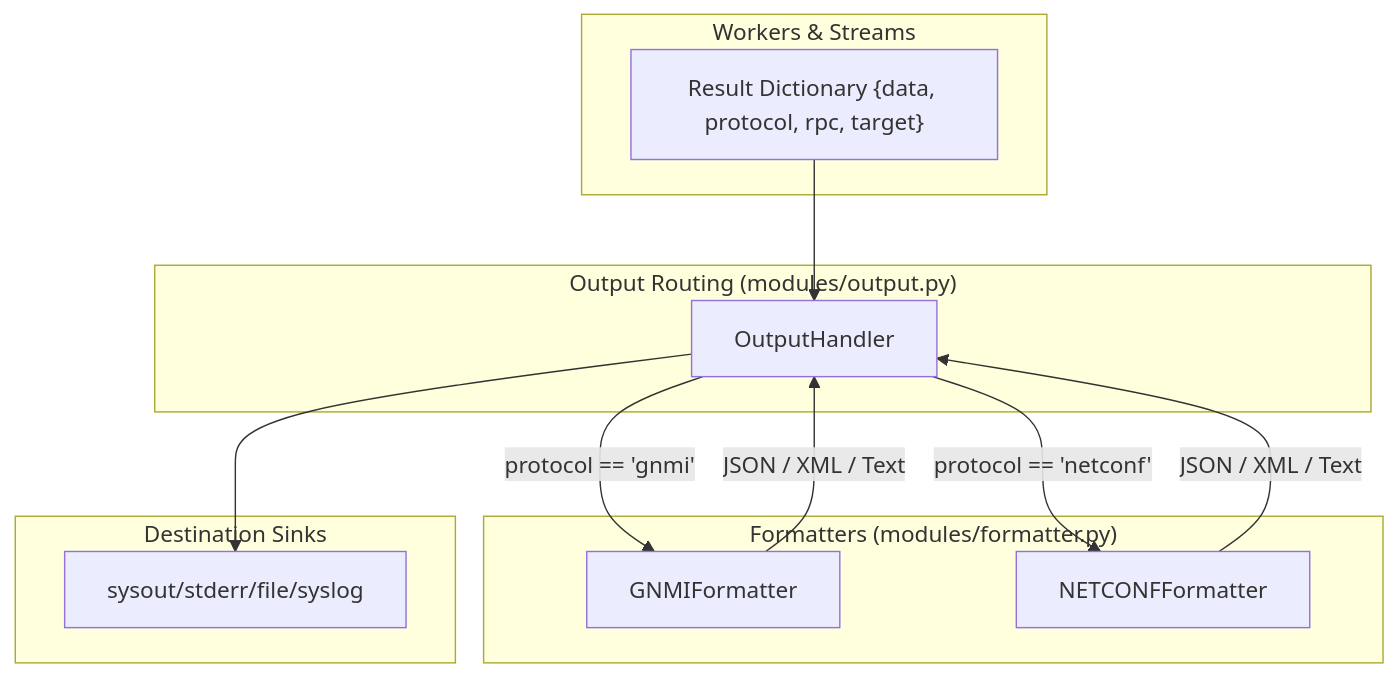
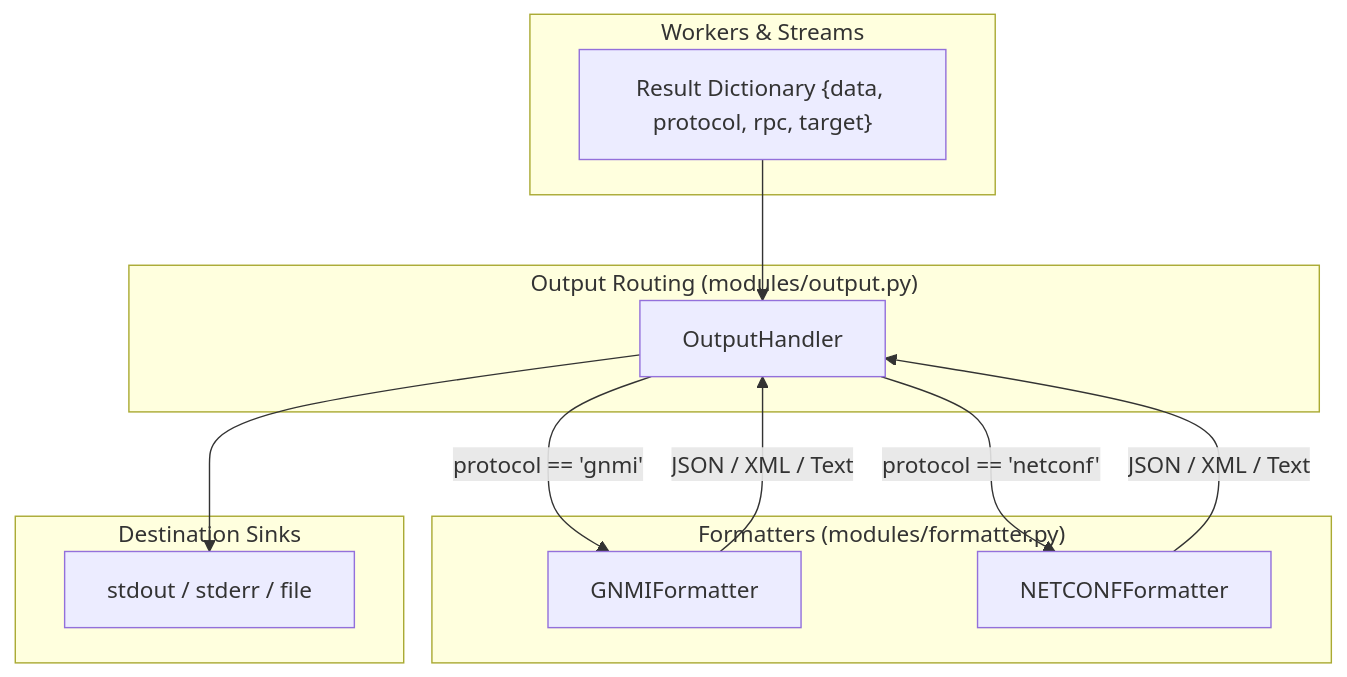
The diagram in modules/README.md (yeeyee164/netmgmt-client-py), drawn with Mermaid before and after one commit. The commit also changed other lines of this file and 53 other files, not shown here.

````diff
--- a/modules/README.md
+++ b/modules/README.md
@@ -26,25 +25,25 @@
 ```mermaid
 flowchart TD
     subgraph Workers["Workers & Streams"]
         W["Result Dictionary {data, protocol, rpc, target}"]
     end
 
     subgraph OutputRouting["Output Routing (modules/output.py)"]
         OH["OutputHandler"]
     end
 
     subgraph Formatters["Formatters (modules/formatter.py)"]
         GF["GNMIFormatter"]
         NF["NETCONFFormatter"]
     end
 
     subgraph Sinks["Destination Sinks"]
-        S_STACK["sysout/stderr/file/syslog"]
+        S_STACK["stdout / stderr / file"]
     end
 
     W --> OH
     OH -->|protocol == 'gnmi'| GF
     OH -->|protocol == 'netconf'| NF
     GF & NF -->|JSON / XML / Text| OH
     OH --> S_STACK
 ```
````
